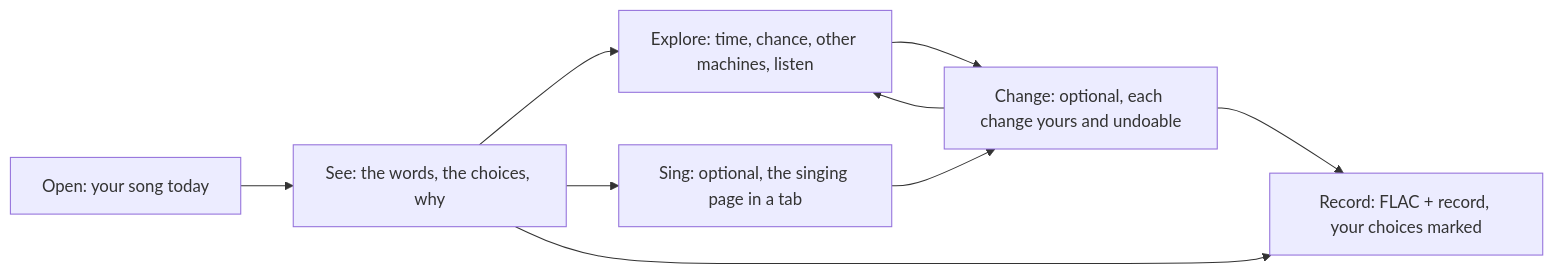
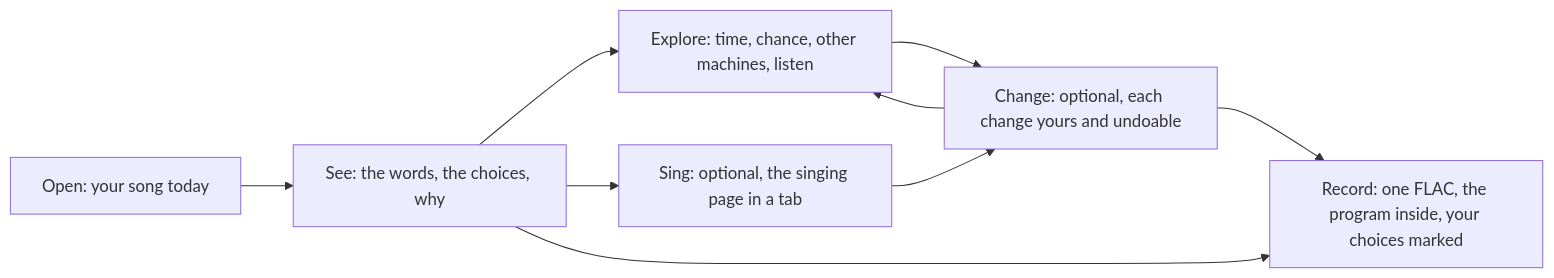
The first of 2 diagrams in docs/STUDIO.md (quadule/now-its-by-you), drawn with Mermaid before and after one commit. The commit also changed other lines of this file and 1 other file, not shown here.

Commit message:
docs: the studio as built: running it from a checkout or a packet, the screen, how edits flow, why each choice is said, what was checked, and the artist's decisions

````diff
--- a/docs/STUDIO.md
+++ b/docs/STUDIO.md
@@ -33,11 +48,11 @@
 ```mermaid
 flowchart LR
   O[Open: your song today] --> S[See: the words, the choices, why]
   S --> E[Explore: time, chance, other machines, listen]
   E --> C[Change: optional, each change yours and undoable]
   C --> E
   S --> G[Sing: optional, the singing page in a tab]
   G --> C
-  C --> R[Record: FLAC + record, your choices marked]
+  C --> R[Record: one FLAC, the program inside, your choices marked]
   S --> R
 ```
````
